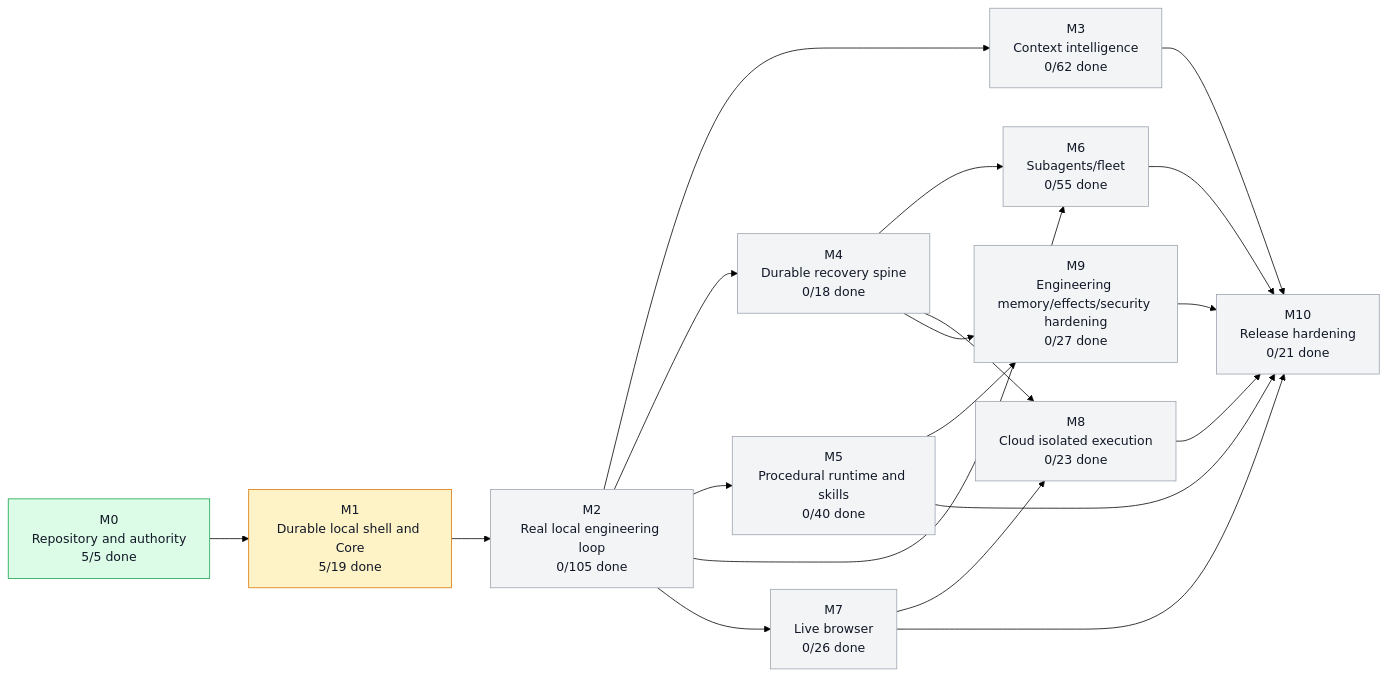
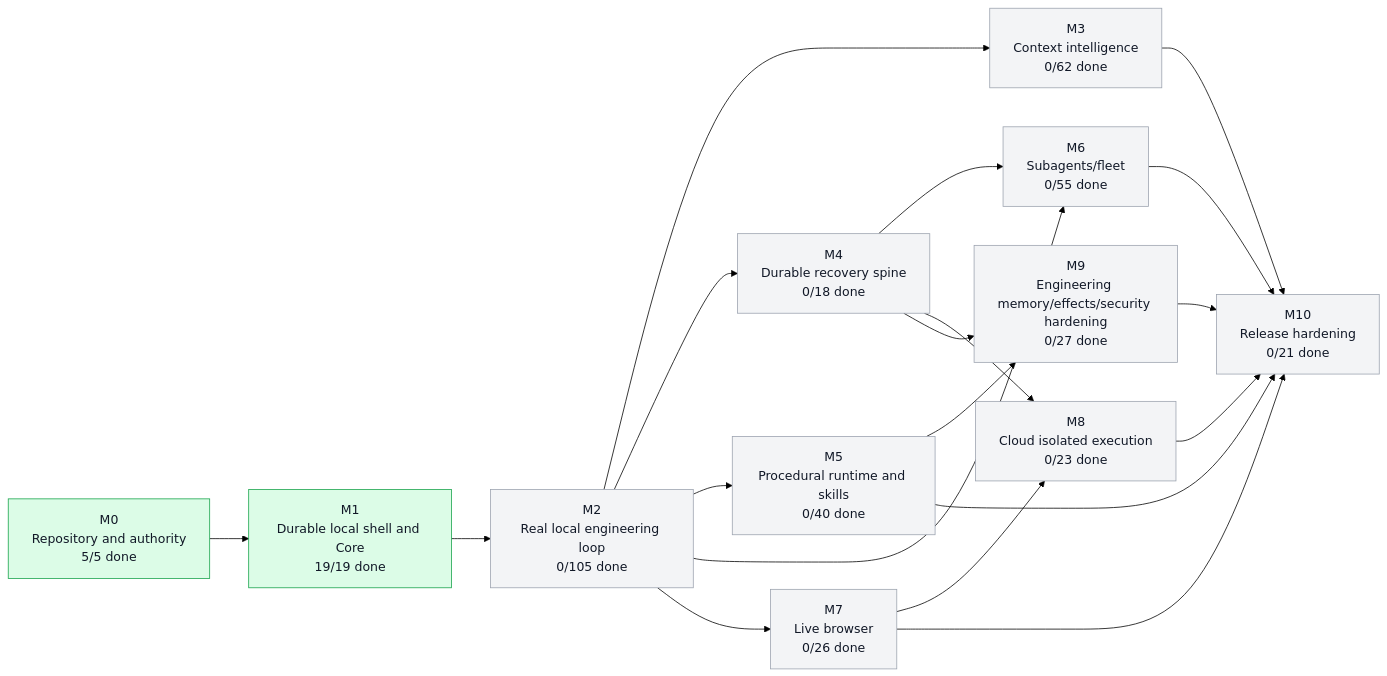
One commit to moss101/modbit changed the first of 5 diagrams in graph/PROJECT_GRAPH.md. Above: the diagram before and after it, drawn with Mermaid (forest theme). The commit also changed other lines of this file and 19 other files, not shown here.

````diff
--- a/graph/PROJECT_GRAPH.md
+++ b/graph/PROJECT_GRAPH.md
@@ -57,43 +57,43 @@
 ```mermaid
 flowchart LR
   M0["M0<br/>Repository and authority<br/>5/5 done"]
-  M1["M1<br/>Durable local shell and Core<br/>5/19 done"]
+  M1["M1<br/>Durable local shell and Core<br/>19/19 done"]
   M2["M2<br/>Real local engineering loop<br/>0/105 done"]
   M3["M3<br/>Context intelligence<br/>0/62 done"]
   M4["M4<br/>Durable recovery spine<br/>0/18 done"]
   M5["M5<br/>Procedural runtime and skills<br/>0/40 done"]
   M6["M6<br/>Subagents/fleet<br/>0/55 done"]
   M7["M7<br/>Live browser<br/>0/26 done"]
   M8["M8<br/>Cloud isolated execution<br/>0/23 done"]
   M9["M9<br/>Engineering memory/effects/security hardening<br/>0/27 done"]
   M10["M10<br/>Release hardening<br/>0/21 done"]
   M0 --> M1
   M1 --> M2
   M2 --> M3
   M2 --> M4
   M2 --> M5
   M2 --> M6
   M4 --> M6
   M2 --> M7
   M4 --> M8
   M7 --> M8
   M4 --> M9
   M5 --> M9
   M3 --> M10
   M5 --> M10
   M6 --> M10
   M7 --> M10
   M8 --> M10
   M9 --> M10
   style M0 fill:#dcfce7,stroke:#16a34a,color:#111827
-  style M1 fill:#fef3c7,stroke:#d97706,color:#111827
+  style M1 fill:#dcfce7,stroke:#16a34a,color:#111827
   style M2 fill:#f3f4f6,stroke:#9ca3af,color:#111827
   style M3 fill:#f3f4f6,stroke:#9ca3af,color:#111827
   style M4 fill:#f3f4f6,stroke:#9ca3af,color:#111827
   style M5 fill:#f3f4f6,stroke:#9ca3af,color:#111827
   style M6 fill:#f3f4f6,stroke:#9ca3af,color:#111827
   style M7 fill:#f3f4f6,stroke:#9ca3af,color:#111827
   style M8 fill:#f3f4f6,stroke:#9ca3af,color:#111827
   style M9 fill:#f3f4f6,stroke:#9ca3af,color:#111827
   style M10 fill:#f3f4f6,stroke:#9ca3af,color:#111827
 ```
````
